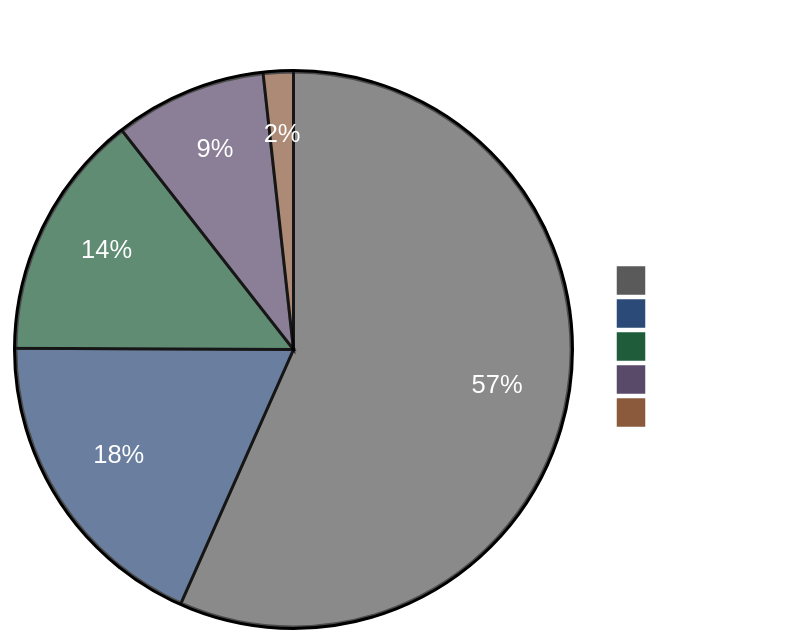
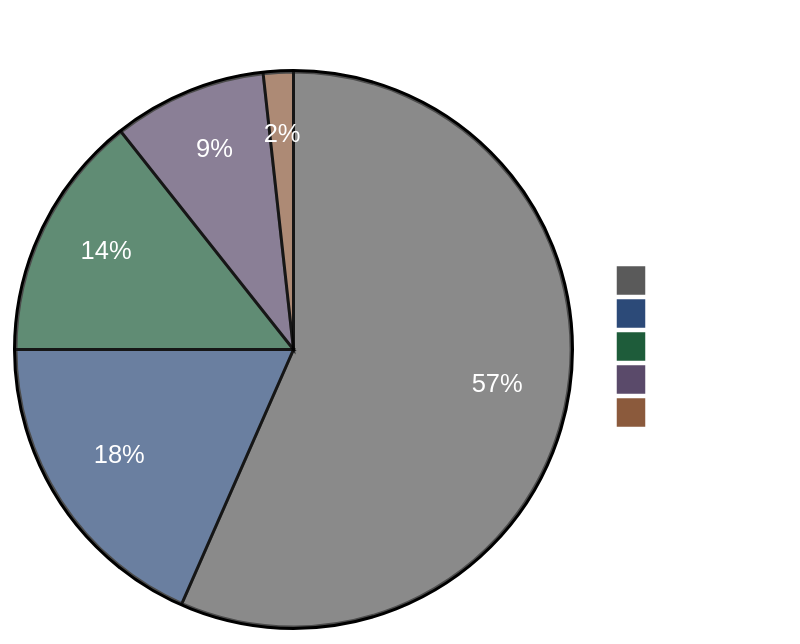
Before and after one commit to ShawnBIT/reco-arxiv-daily: the diagram in README.md, drawn with Mermaid. The commit also changed other lines of this file and 7 other files, not shown here.

````diff
--- a/README.md
+++ b/README.md
@@ -6,19 +6,19 @@
 ```mermaid
 %%{init: {'theme':'base', 'themeVariables': {
   'pie1':'#5a5a5a',
   'pie2':'#2c4a78',
   'pie3':'#1e5c3a',
   'pie4':'#5a4a6a',
   'pie5':'#8b5a3c',
   'pieTitleTextColor':'#ffffff',
   'pieSectionTextColor':'#ffffff',
   'pieLegendTextColor':'#ffffff'
 }}}%%
 pie showData
 title Paper Distribution by Tag
   "Other" : 584
   "LLM" : 190
   "GR" : 148
-  "Seq" : 91
+  "Seq" : 92
   "Scaling" : 18
 ```
````
